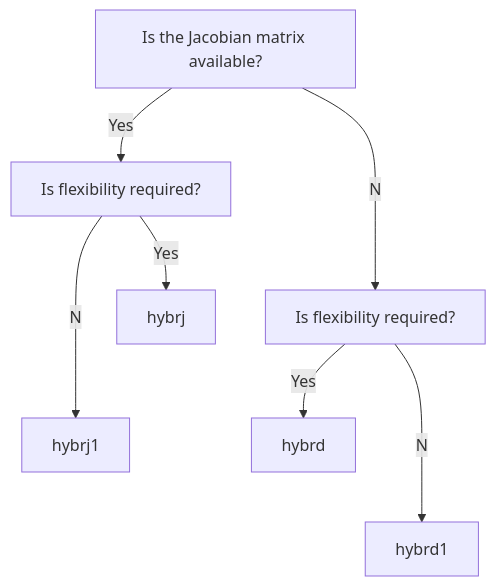
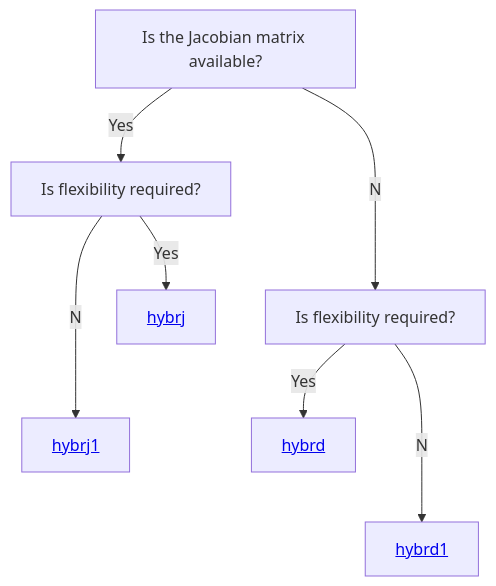
One commit to fortran-lang/minpack changed the first of 2 diagrams in README.md. Above: the diagram before and after it, drawn with Mermaid. The commit also changed other lines of this file, not shown here.

Commit message:
Add links to diagrams

````diff
--- a/README.md
+++ b/README.md
@@ -29,10 +29,10 @@
 ```mermaid
 flowchart TB
 	start[Is the Jacobian matrix available?]
 	start--Yes-->middle1[Is flexibility required?]
 	start--No-->middle2[Is flexibility required?]
-	middle1--Yes-->b1[hybrj]
-	middle1--No-->b2[hybrj1]
-	middle2--Yes-->b3[hybrd]
-	middle2--No-->b4[hybrd1]
+	middle1--Yes-->b1[<a href='https://fortran-lang.github.io/minpack/proc/hybrj.html'>hybrj</a>]
+	middle1--No-->b2[<a href='https://fortran-lang.github.io/minpack/proc/hybrj1.html'>hybrj1</a>]
+	middle2--Yes-->b3[<a href='https://fortran-lang.github.io/minpack/proc/hybrd.html'>hybrd</a>]
+	middle2--No-->b4[<a href='https://fortran-lang.github.io/minpack/proc/hybrd1.html'>hybrd1</a>]
 ```
````
